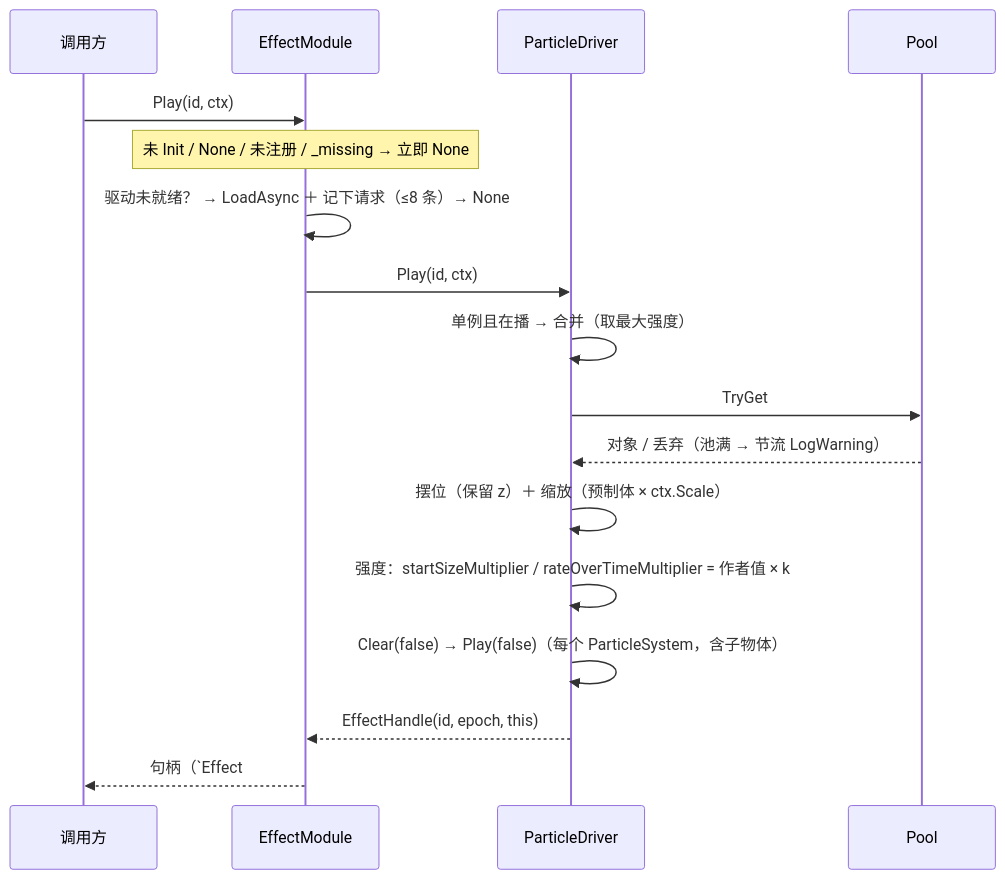
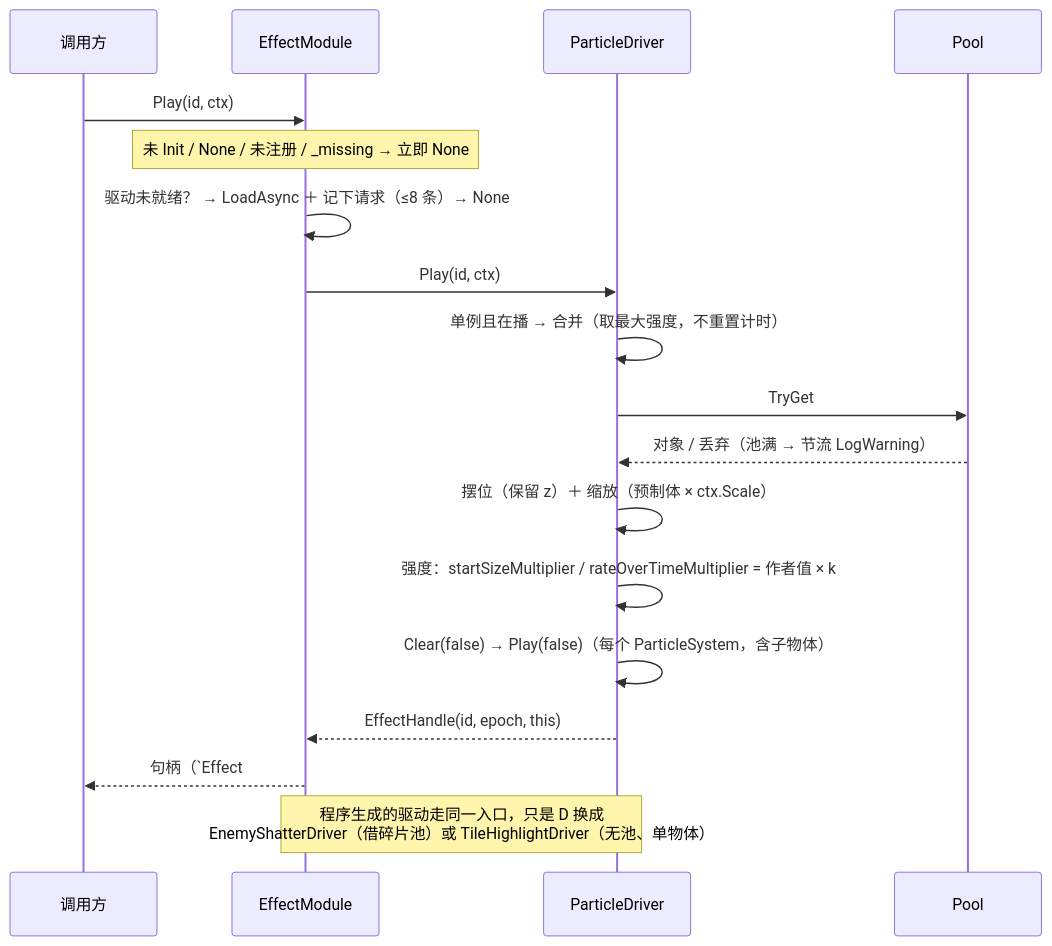
One commit to 5FYZhou/deepseaoil changed the second of 3 diagrams in Docs/粒子特效系统/粒子特效系统 · 设计与契约.md. Above: the diagram before and after it, drawn with Mermaid. The commit also changed other lines of this file and 13 other files, not shown here.

````diff
--- a/Docs/粒子特效系统/粒子特效系统 · 设计与契约.md
+++ b/Docs/粒子特效系统/粒子特效系统 · 设计与契约.md
@@ -82,19 +84,20 @@
 ```mermaid
 sequenceDiagram
     participant C as 调用方
     participant EM as EffectModule
     participant D as ParticleDriver
     participant P as Pool
     C->>EM: Play(id, ctx)
     Note over EM: 未 Init / None / 未注册 / _missing → 立即 None
     EM->>EM: 驱动未就绪？ → LoadAsync ＋ 记下请求（≤8 条）→ None
     EM->>D: Play(id, ctx)
-    D->>D: 单例且在播 → 合并（取最大强度）
+    D->>D: 单例且在播 → 合并（取最大强度，不重置计时）
     D->>P: TryGet
     P-->>D: 对象 / 丢弃（池满 → 节流 LogWarning）
     D->>D: 摆位（保留 z）＋ 缩放（预制体 × ctx.Scale）
     D->>D: 强度：startSizeMultiplier / rateOverTimeMultiplier = 作者值 × k
     D->>D: Clear(false) → Play(false)（每个 ParticleSystem，含子物体）
     D-->>EM: EffectHandle(id, epoch, this)
     EM-->>C: 句柄（`Effect#3g1`）/ None
+    Note over EM,D: 程序生成的驱动走同一入口，只是 D 换成<br/>EnemyShatterDriver（借碎片池）或 TileHighlightDriver（无池、单物体）
 ```
````
